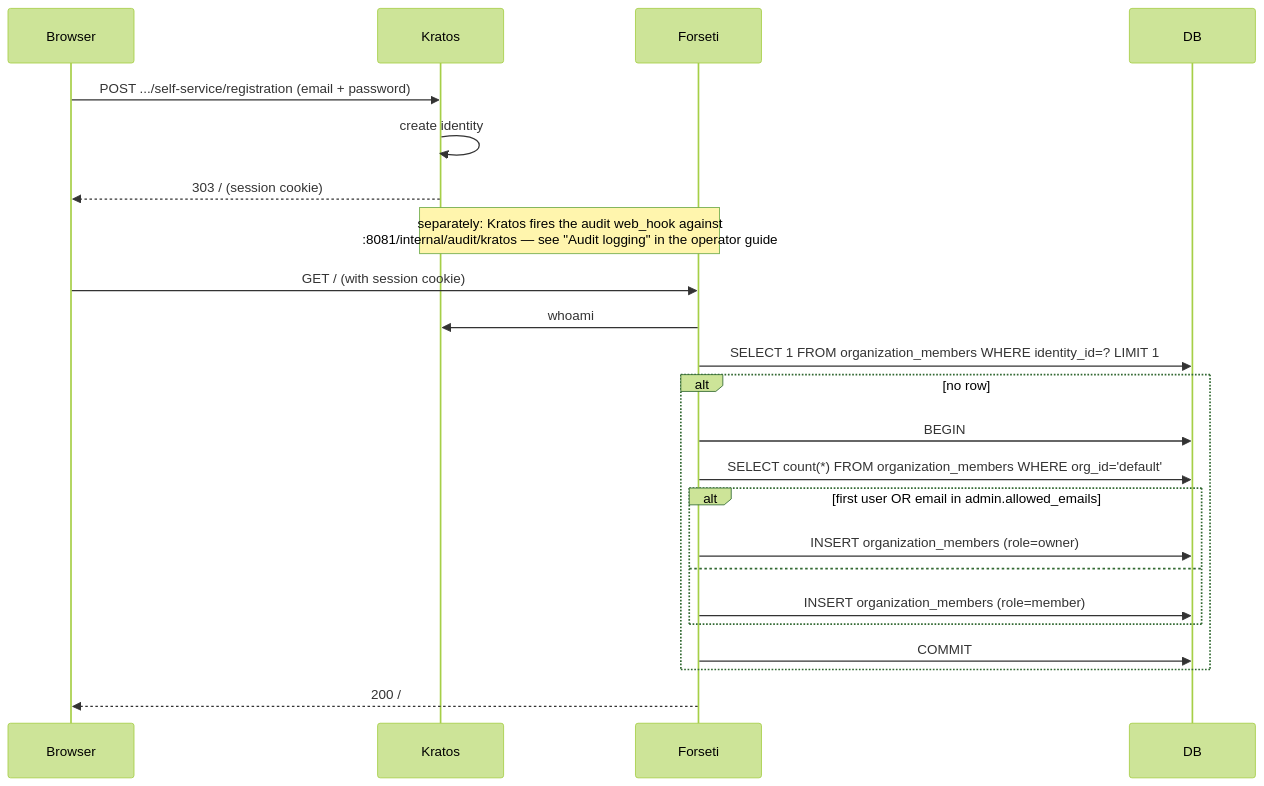
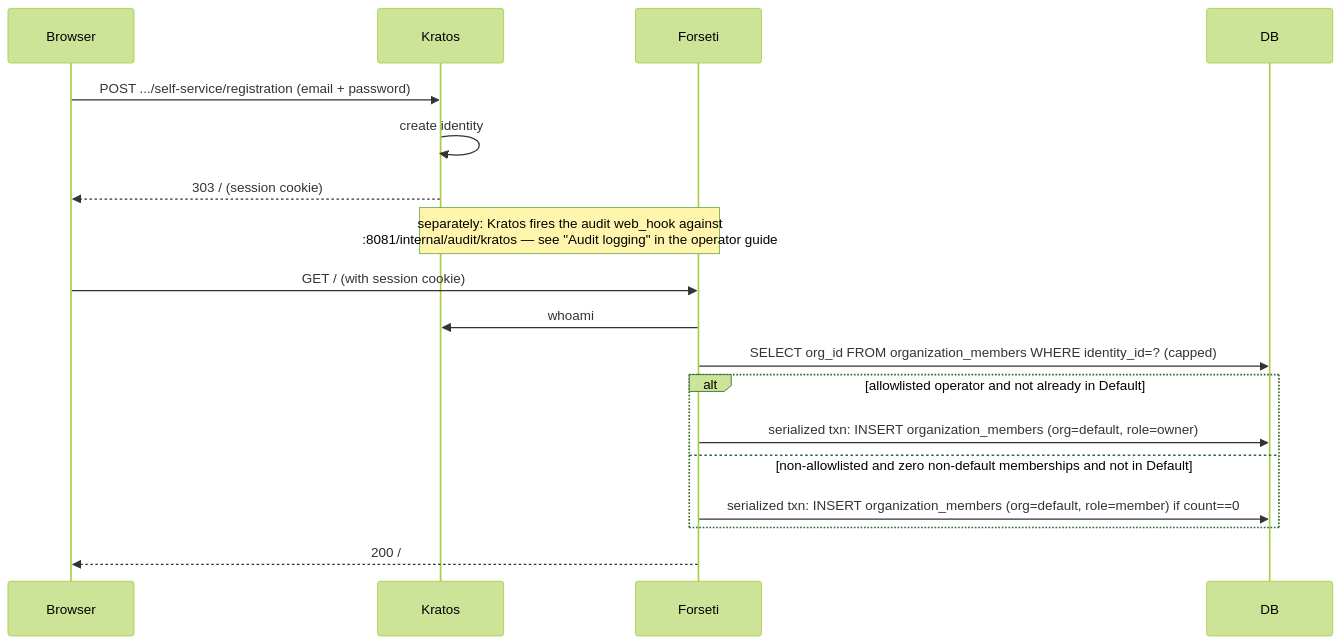
Diagram 17 of 23 in docs/dev/flows.md (franzos/forseti), drawn with Mermaid (forest theme) before and after one commit. The commit also changed other lines of this file and 77 other files, not shown here.

Commit message:
feat: per-org access modes with self-serve signup, domain auto-join, and a Default-org floor

````diff
--- a/docs/dev/flows.md
+++ b/docs/dev/flows.md
@@ -1894,25 +1890,20 @@
 ```mermaid
 sequenceDiagram
     participant Browser
     participant Kratos
     participant Forseti
     participant DB
     Browser->>Kratos: POST .../self-service/registration (email + password)
     Kratos->>Kratos: create identity
     Kratos-->>Browser: 303 / (session cookie)
     Note over Kratos,Forseti: separately: Kratos fires the audit web_hook against<br/>:8081/internal/audit/kratos — see "Audit logging" in the operator guide
     Browser->>Forseti: GET / (with session cookie)
     Forseti->>Kratos: whoami
-    Forseti->>DB: SELECT 1 FROM organization_members WHERE identity_id=? LIMIT 1
-    alt no row
-        Forseti->>DB: BEGIN
-        Forseti->>DB: SELECT count(*) FROM organization_members WHERE org_id='default'
-        alt first user OR email in admin.allowed_emails
-            Forseti->>DB: INSERT organization_members (role=owner)
-        else
-            Forseti->>DB: INSERT organization_members (role=member)
-        end
-        Forseti->>DB: COMMIT
+    Forseti->>DB: SELECT org_id FROM organization_members WHERE identity_id=? (capped)
+    alt allowlisted operator and not already in Default
+        Forseti->>DB: serialized txn: INSERT organization_members (org=default, role=owner)
+    else non-allowlisted and zero non-default memberships and not in Default
+        Forseti->>DB: serialized txn: INSERT organization_members (org=default, role=member) if count==0
     end
     Forseti-->>Browser: 200 /
 ```
````
